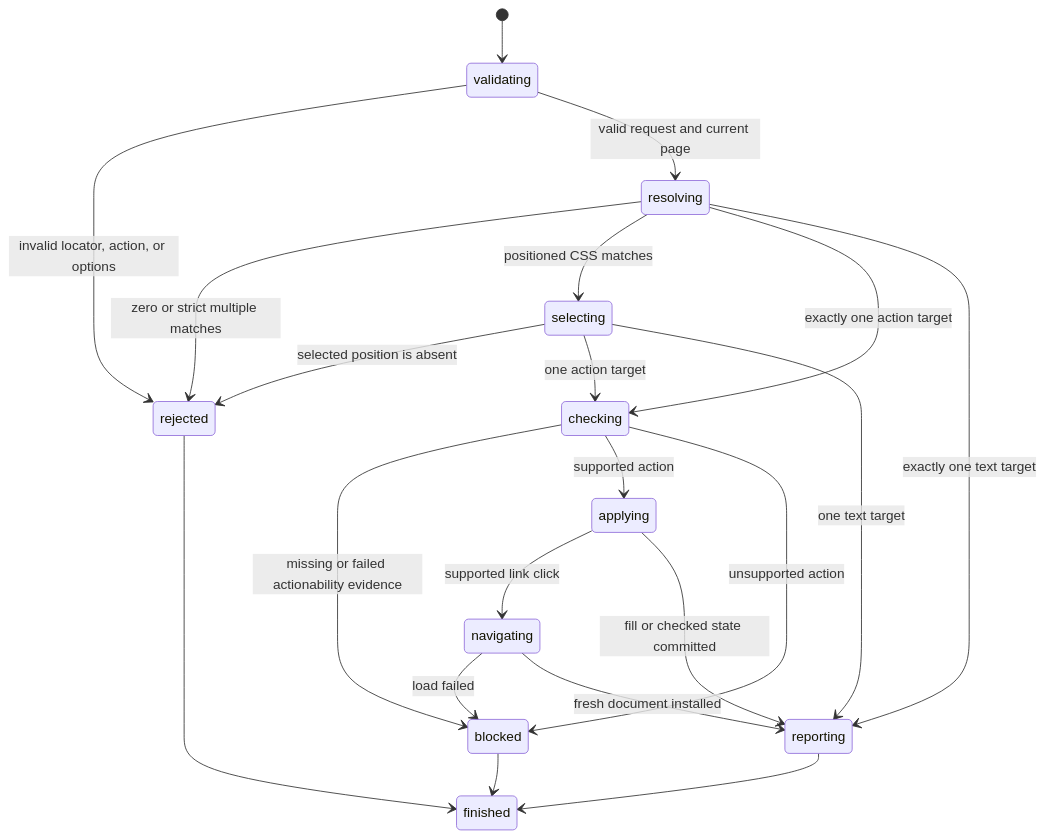
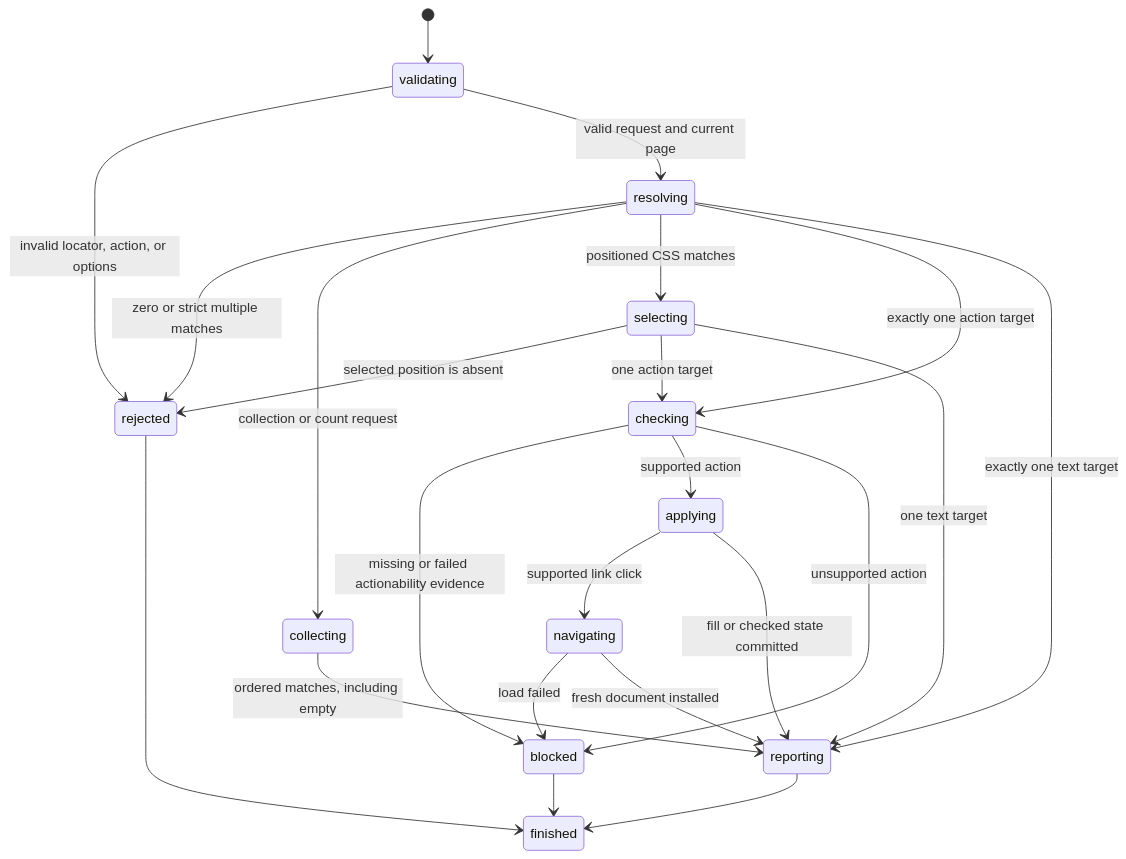
Before and after one commit to thoriqakbar0/browser.jr: the diagram in inspection/query-elements.md, drawn with Mermaid. The commit also changed other lines of this file and 45 other files, not shown here.

````diff
--- a/inspection/query-elements.md
+++ b/inspection/query-elements.md
@@ -44,23 +62,25 @@
 ```mermaid
 stateDiagram-v2
     [*] --> validating
     validating --> rejected : invalid locator, action, or options
     validating --> resolving : valid request and current page
     resolving --> rejected : zero or strict multiple matches
+    resolving --> collecting : collection or count request
     resolving --> selecting : positioned CSS matches
     selecting --> rejected : selected position is absent
     selecting --> checking : one action target
     selecting --> reporting : one text target
     resolving --> checking : exactly one action target
+    collecting --> reporting : ordered matches, including empty
     resolving --> reporting : exactly one text target
     checking --> blocked : missing or failed actionability evidence
     checking --> applying : supported action
     checking --> blocked : unsupported action
     applying --> navigating : supported link click
     applying --> reporting : fill or checked state committed
     navigating --> blocked : load failed
     navigating --> reporting : fresh document installed
     reporting --> finished
     rejected --> finished
     blocked --> finished
 ```
````
